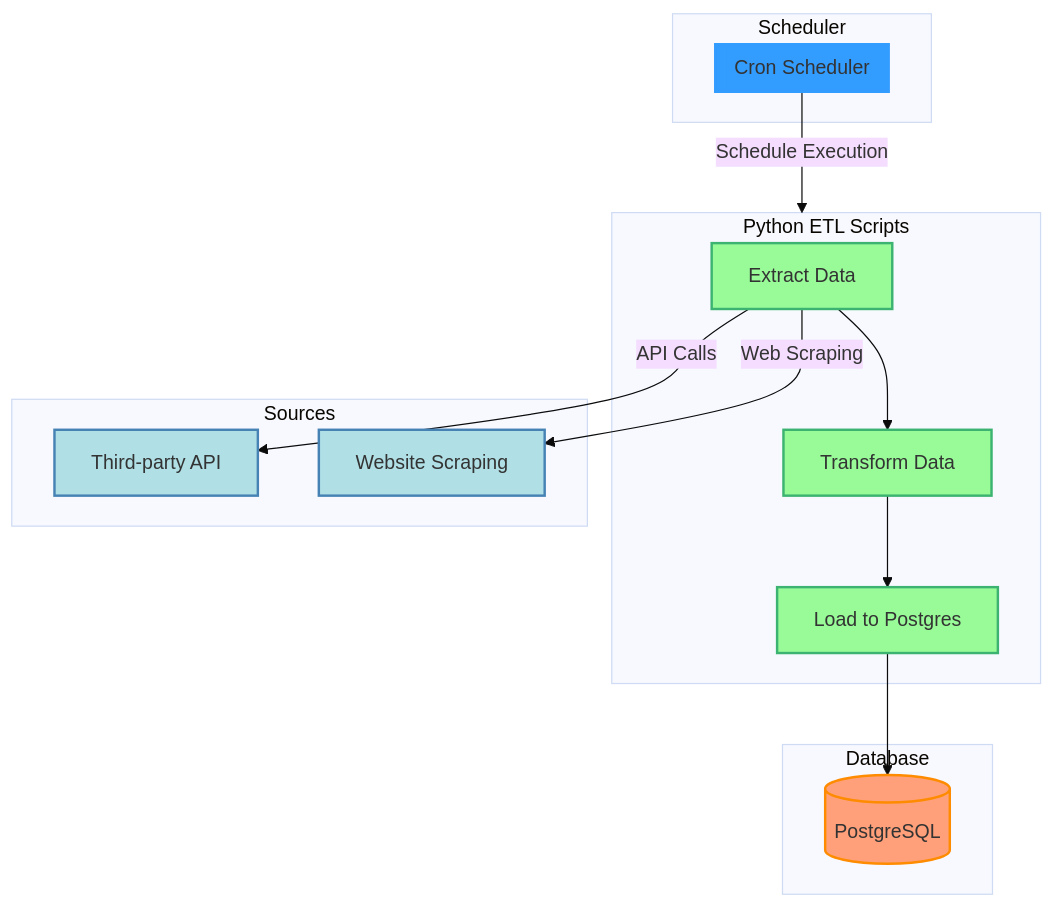
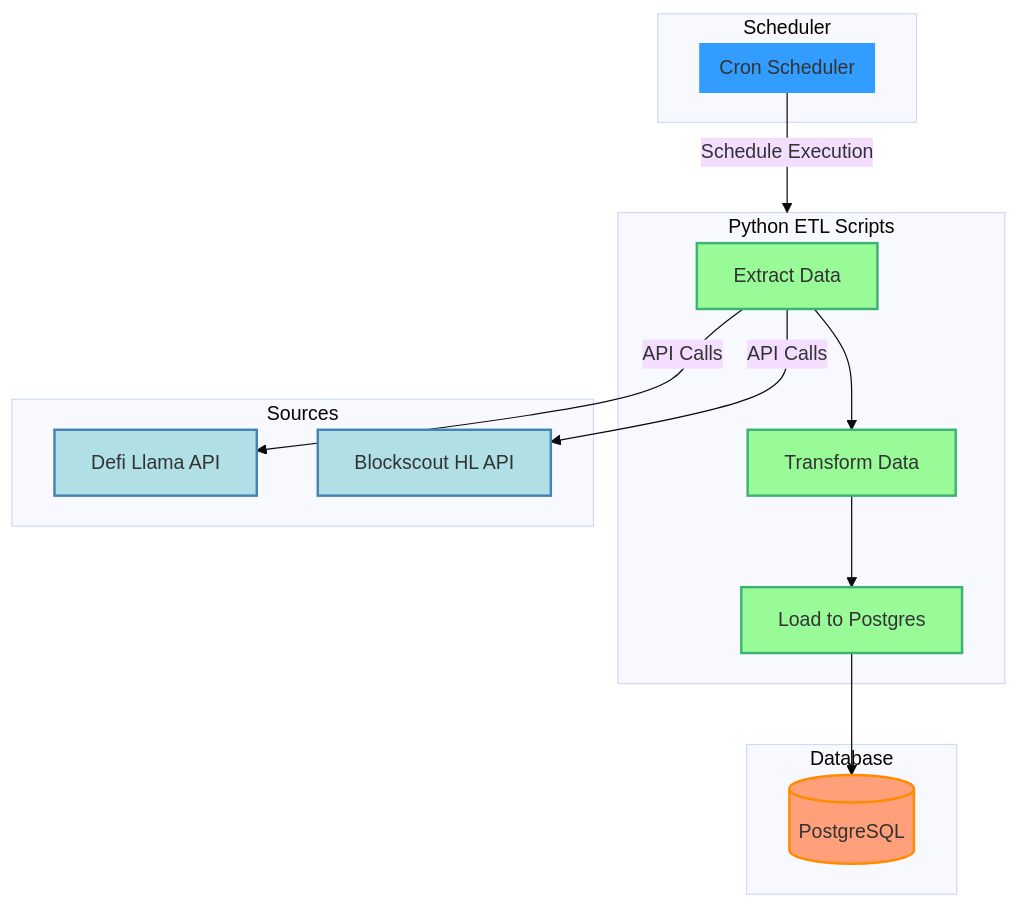
Before and after one commit to jakobsym/hl_protocol_pipeline: the diagram in README.md, drawn with Mermaid (base theme). The commit also changed 2 other files, not shown here.

Commit message:
update readme, starting to create methods for extracting from api to pass payload to next step in pipeline

````diff
--- a/README.md
+++ b/README.md
@@ -5,34 +5,34 @@
 ```mermaid
     flowchart TD
         subgraph Scheduler
             CRON[[Cron Scheduler]]
         end
 
         subgraph ETL[Python ETL Scripts]
             EXTRACT[Extract Data] --> TRANSFORM[Transform Data] --> LOAD[Load to Postgres]
         end
 
         subgraph Sources
-            API[Third-party API]
-            WEB[Website Scraping]
+            API[Defi Llama API]
+            WEB[Blockscout HL API]
         end
 
         subgraph Database
             PG[(PostgreSQL)]
         end
 
         CRON --> |Schedule Execution| ETL
         EXTRACT --> |API Calls| API
-        EXTRACT --> |Web Scraping| WEB
+        EXTRACT --> |API Calls| WEB
         LOAD --> PG
 
         classDef cron fill:#339cff,stroke:#339cff,stroke-width:2px,color:#333
         classDef etl fill:#98FB98,stroke:#3CB371,stroke-width:2px,color:#333
         classDef sources fill:#B0E0E6,stroke:#4682B4,stroke-width:2px,color:#333
         classDef db fill:#FFA07A,stroke:#FF8C00,stroke-width:2px,color:#333
 
         class CRON cron
         class EXTRACT,TRANSFORM,LOAD etl
         class API,WEB sources
         class PG db
 ```
````
